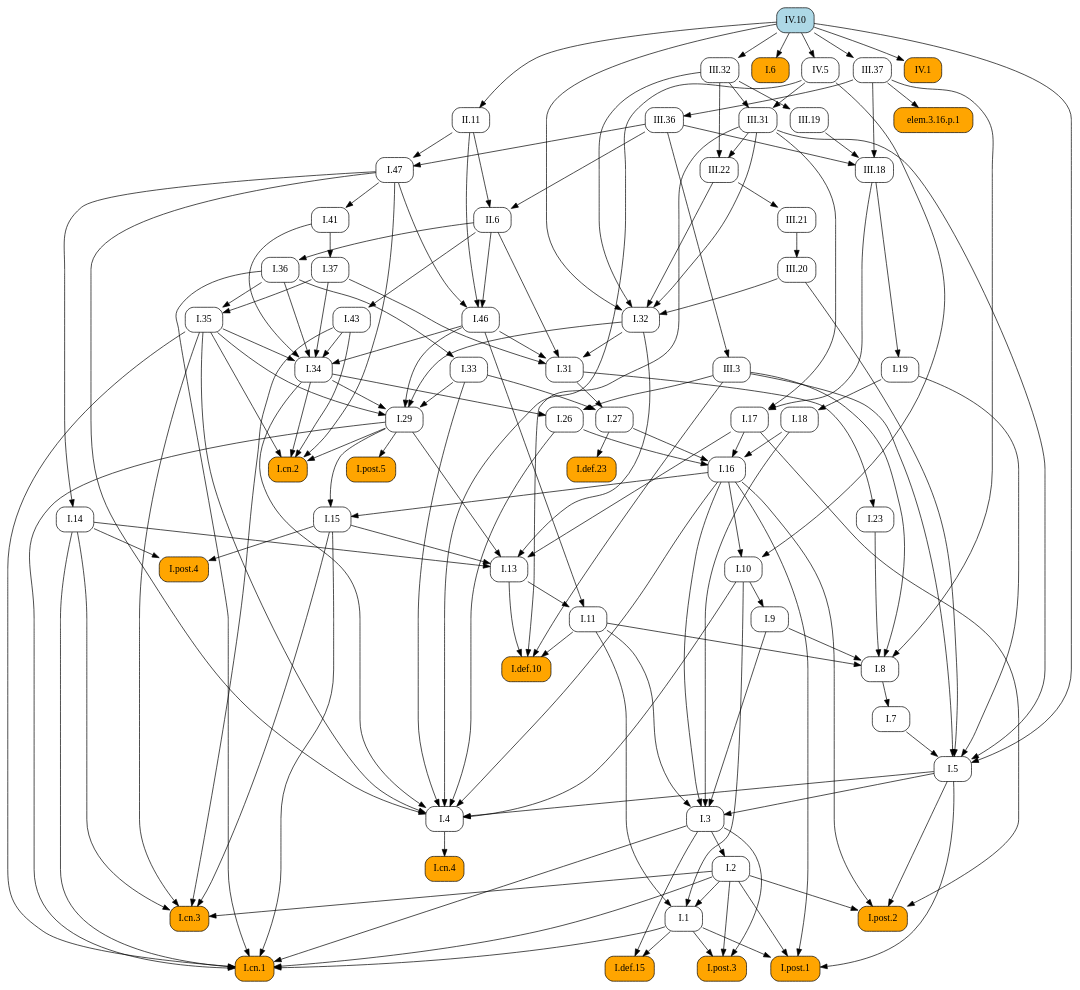
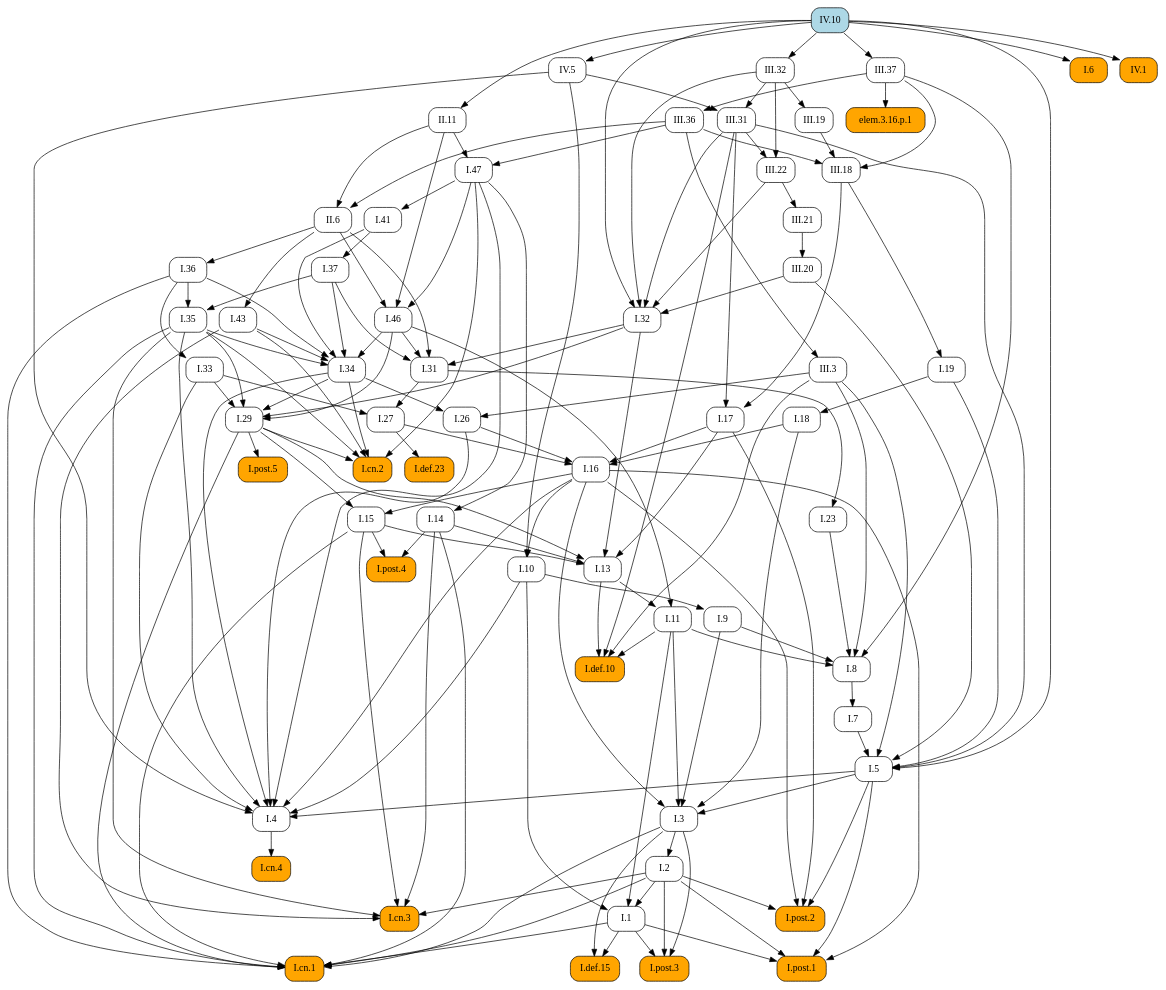
The diagram in docsrc/heath/IV/10/index.rst (geometor/elements), drawn with Graphviz before and after one commit. The commit also changed other lines of this file and 1029 other files, not shown here.

```diff
--- a/docsrc/heath/IV/10/index.rst
+++ b/docsrc/heath/IV/10/index.rst
@@ -76,130 +76,88 @@
    digraph {
      rankdir="TB";
      node [shape=box, style=rounded];
-     "IV.5" [URL="/heath/IV/5/", target="_top"];
-     "I.cn.3" [style="rounded,filled", fillcolor=orange, URL="/heath/I/cn.3/", target="_top"];
-     "III.22" [URL="/heath/III/22/", target="_top"];
-     "II.11" [URL="/heath/II/11/", target="_top"];
+     "I.def.10" [style="rounded,filled", fillcolor=orange, URL="/heath/I/def.10/", target="_top"];
+     "I.11" [URL="/heath/I/11/", target="_top"];
+     "I.post.4" [style="rounded,filled", fillcolor=orange, URL="/heath/I/post.4/", target="_top"];
+     "I.1" [URL="/heath/I/1/", target="_top"];
+     "I.26" [URL="/heath/I/26/", target="_top"];
+     "III.32" [URL="/heath/III/32/", target="_top"];
      "I.29" [URL="/heath/I/29/", target="_top"];
-     "I.7" [URL="/heath/I/7/", target="_top"];
-     "I.27" [URL="/heath/I/27/", target="_top"];
-     "I.def.23" [style="rounded,filled", fillcolor=orange, URL="/heath/I/def.23/", target="_top"];
-     "I.37" [URL="/heath/I/37/", target="_top"];
-     "IV.10" [style="rounded,filled", fillcolor=lightblue, URL="/heath/IV/10/", target="_top"];
-     "I.34" [URL="/heath/I/34/", target="_top"];
-     "I.8" [URL="/heath/I/8/", target="_top"];
-     "I.9" [URL="/heath/I/9/", target="_top"];
-     "III.3" [URL="/heath/III/3/", target="_top"];
-     "I.post.4" [style="rounded,filled", fillcolor=orange, URL="/heath/I/post.4/", target="_top"];
      "III.20" [URL="/heath/III/20/", target="_top"];
-     "I.2" [URL="/heath/I/2/", target="_top"];
-     "I.def.15" [style="rounded,filled", fillcolor=orange, URL="/heath/I/def.15/", target="_top"];
-     "I.1" [URL="/heath/I/1/", target="_top"];
-     "III.36" [URL="/heath/III/36/", target="_top"];
-     "I.post.1" [style="rounded,filled", fillcolor=orange, URL="/heath/I/post.1/", target="_top"];
-     "III.18" [URL="/heath/III/18/", target="_top"];
      "III.19" [URL="/heath/III/19/", target="_top"];
-     "I.cn.4" [style="rounded,filled", fillcolor=orange, URL="/heath/I/cn.4/", target="_top"];
-     "I.26" [URL="/heath/I/26/", target="_top"];
-     "I.33" [URL="/heath/I/33/", target="_top"];
-     "III.37" [URL="/heath/III/37/", target="_top"];
-     "I.19" [URL="/heath/I/19/", target="_top"];
-     "elem.3.16.p.1" [style="rounded,filled", fillcolor=orange];
-     "I.6" [style="rounded,filled", fillcolor=orange, URL="/heath/I/6/", target="_top"];
-     "I.13" [URL="/heath/I/13/", target="_top"];
      "III.31" [URL="/heath/III/31/", target="_top"];
      "I.cn.2" [style="rounded,filled", fillcolor=orange, URL="/heath/I/cn.2/", target="_top"];
+     "I.18" [URL="/heath/I/18/", target="_top"];
+     "I.47" [URL="/heath/I/47/", target="_top"];
+     "I.def.15" [style="rounded,filled", fillcolor=orange, URL="/heath/I/def.15/", target="_top"];
+     "I.post.3" [style="rounded,filled", fillcolor=orange, URL="/heath/I/post.3/", target="_top"];
+     "I.cn.1" [style="rounded,filled", fillcolor=orange, URL="/heath/I/cn.1/", target="_top"];
+     "I.cn.3" [style="rounded,filled", fillcolor=orange, URL="/heath/I/cn.3/", target="_top"];
+     "III.36" [URL="/heath/III/36/", target="_top"];
+     "I.14" [URL="/heath/I/14/", target="_top"];
+     "I.23" [URL="/heath/I/23/", target="_top"];
+     "IV.10" [style="rounded,filled", fillcolor=lightblue, URL="/heath/IV/10/", target="_top"];
+     "I.43" [URL="/heath/I/43/", target="_top"];
+     "elem.3.16.p.1" [style="rounded,filled", fillcolor=orange];
+     "I.post.1" [style="rounded,filled", fillcolor=orange, URL="/heath/I/post.1/", target="_top"];
+     "I.35" [URL="/heath/I/35/", target="_top"];
+     "I.41" [URL="/heath/I/41/", target="_top"];
+     "I.27" [URL="/heath/I/27/", target="_top"];
+     "I.46" [URL="/heath/I/46/", target="_top"];
+     "I.36" [URL="/heath/I/36/", target="_top"];
+     "I.7" [URL="/heath/I/7/", target="_top"];
+     "I.6" [style="rounded,filled", fillcolor=orange, URL="/heath/I/6/", target="_top"];
+     "I.3" [URL="/heath/I/3/", target="_top"];
+     "I.34" [URL="/heath/I/34/", target="_top"];
+     "I.37" [URL="/heath/I/37/", target="_top"];
+     "I.2" [URL="/heath/I/2/", target="_top"];
+     "I.4" [URL="/heath/I/4/", target="_top"];
+     "I.def.23" [style="rounded,filled", fillcolor=orange, URL="/heath/I/def.23/", target="_top"];
+     "II.6" [URL="/heath/II/6/", target="_top"];
+     "I.13" [URL="/heath/I/13/", target="_top"];
+     "IV.1" [style="rounded,filled", fillcolor=orange, URL="/heath/IV/1/", target="_top"];
+     "I.17" [URL="/heath/I/17/", target="_top"];
+     "I.33" [URL="/heath/I/33/", target="_top"];
+     "I.post.2" [style="rounded,filled", fillcolor=orange, URL="/heath/I/post.2/", target="_top"];
+     "I.31" [URL="/heath/I/31/", target="_top"];
+     "I.16" [URL="/heath/I/16/", target="_top"];
+     "II.11" [URL="/heath/II/11/", target="_top"];
+     "IV.5" [URL="/heath/IV/5/", target="_top"];
+     "I.19" [URL="/heath/I/19/", target="_top"];
+     "III.3" [URL="/heath/III/3/", target="_top"];
+     "I.9" [URL="/heath/I/9/", target="_top"];
+     "I.32" [URL="/heath/I/32/", target="_top"];
+     "III.37" [URL="/heath/III/37/", target="_top"];
+     "I.8" [URL="/heath/I/8/", target="_top"];
+     "I.cn.4" [style="rounded,filled", fillcolor=orange, URL="/heath/I/cn.4/", target="_top"];
+     "I.15" [URL="/heath/I/15/", target="_top"];
+     "III.21" [URL="/heath/III/21/", target="_top"];
+     "III.22" [URL="/heath/III/22/", target="_top"];
+     "I.post.5" [style="rounded,filled", fillcolor=orange, URL="/heath/I/post.5/", target="_top"];
+     "I.10" [URL="/heath/I/10/", target="_top"];
+     "III.18" [URL="/heath/III/18/", target="_top"];
      "I.5" [URL="/heath/I/5/", target="_top"];
-     "I.23" [URL="/heath/I/23/", target="_top"];
-     "III.21" [URL="/heath/III/21/", target="_top"];
-     "I.11" [URL="/heath/I/11/", target="_top"];
-     "I.10" [URL="/heath/I/10/", target="_top"];
-     "I.4" [URL="/heath/I/4/", target="_top"];
-     "I.3" [URL="/heath/I/3/", target="_top"];
-     "I.16" [URL="/heath/I/16/", target="_top"];
-     "I.31" [URL="/heath/I/31/", target="_top"];
-     "I.def.10" [style="rounded,filled", fillcolor=orange, URL="/heath/I/def.10/", target="_top"];
-     "I.43" [URL="/heath/I/43/", target="_top"];
-     "I.46" [URL="/heath/I/46/", target="_top"];
-     "III.32" [URL="/heath/III/32/", target="_top"];
-     "I.post.2" [style="rounded,filled", fillcolor=orange, URL="/heath/I/post.2/", target="_top"];
-     "I.post.3" [style="rounded,filled", fillcolor=orange, URL="/heath/I/post.3/", target="_top"];
-     "IV.1" [style="rounded,filled", fillcolor=orange, URL="/heath/IV/1/", target="_top"];
-     "I.post.5" [style="rounded,filled", fillcolor=orange, URL="/heath/I/post.5/", target="_top"];
-     "I.14" [URL="/heath/I/14/", target="_top"];
-     "I.36" [URL="/heath/I/36/", target="_top"];
-     "II.6" [URL="/heath/II/6/", target="_top"];
-     "I.35" [URL="/heath/I/35/", target="_top"];
-     "I.47" [URL="/heath/I/47/", target="_top"];
-     "I.15" [URL="/heath/I/15/", target="_top"];
-     "I.17" [URL="/heath/I/17/", target="_top"];
-     "I.cn.1" [style="rounded,filled", fillcolor=orange, URL="/heath/I/cn.1/", target="_top"];
-     "I.32" [URL="/heath/I/32/", target="_top"];
-     "I.18" [URL="/heath/I/18/", target="_top"];
-     "I.41" [URL="/heath/I/41/", target="_top"];
-     "IV.10" -> "IV.5";
-     "I.2" -> "I.cn.3";
-     "I.14" -> "I.cn.3";
-     "I.15" -> "I.cn.3";
-     "I.35" -> "I.cn.3";
-     "I.43" -> "I.cn.3";
-     "III.31" -> "III.22";
-     "III.32" -> "III.22";
-     "IV.10" -> "II.11";
+     "I.11" -> "I.def.10";
+     "I.13" -> "I.def.10";
+     "III.3" -> "I.def.10";
+     "III.31" -> "I.def.10";
+     "I.13" -> "I.11";
+     "I.46" -> "I.11";
+     "I.14" -> "I.post.4";
+     "I.15" -> "I.post.4";
+     "I.2" -> "I.1";
+     "I.10" -> "I.1";
+     "I.11" -> "I.1";
+     "I.34" -> "I.26";
+     "III.3" -> "I.26";
+     "IV.10" -> "III.32";
      "I.32" -> "I.29";
      "I.33" -> "I.29";
      "I.34" -> "I.29";
      "I.35" -> "I.29";
      "I.46" -> "I.29";
-     "I.8" -> "I.7";
-     "I.31" -> "I.27";
-     "I.33" -> "I.27";
-     "I.27" -> "I.def.23";
-     "I.41" -> "I.37";
-     "I.35" -> "I.34";
-     "I.36" -> "I.34";
-     "I.37" -> "I.34";
-     "I.41" -> "I.34";
-     "I.43" -> "I.34";
-     "I.46" -> "I.34";
-     "I.9" -> "I.8";
-     "I.11" -> "I.8";
-     "I.23" -> "I.8";
-     "III.3" -> "I.8";
-     "III.37" -> "I.8";
-     "I.10" -> "I.9";
-     "III.36" -> "III.3";
-     "I.14" -> "I.post.4";
-     "I.15" -> "I.post.4";
      "III.21" -> "III.20";
-     "I.3" -> "I.2";
-     "I.1" -> "I.def.15";
-     "I.3" -> "I.def.15";
-     "I.2" -> "I.1";
-     "I.10" -> "I.1";
-     "I.11" -> "I.1";
-     "III.37" -> "III.36";
-     "I.1" -> "I.post.1";
-     "I.2" -> "I.post.1";
-     "I.5" -> "I.post.1";
-     "I.16" -> "I.post.1";
-     "III.19" -> "III.18";
-     "III.36" -> "III.18";
-     "III.37" -> "III.18";
      "III.32" -> "III.19";
-     "I.4" -> "I.cn.4";
-     "I.34" -> "I.26";
-     "III.3" -> "I.26";
-     "I.36" -> "I.33";
-     "IV.10" -> "III.37";
-     "III.18" -> "I.19";
-     "III.37" -> "elem.3.16.p.1";
-     "IV.10" -> "I.6";
-     "I.14" -> "I.13";
-     "I.15" -> "I.13";
-     "I.17" -> "I.13";
-     "I.29" -> "I.13";
-     "I.32" -> "I.13";
      "III.32" -> "III.31";
      "IV.5" -> "III.31";
      "I.29" -> "I.cn.2";
@@ -207,18 +165,60 @@
      "I.35" -> "I.cn.2";
      "I.43" -> "I.cn.2";
      "I.47" -> "I.cn.2";
-     "I.7" -> "I.5";
-     "I.19" -> "I.5";
-     "III.3" -> "I.5";
-     "III.20" -> "I.5";
-     "III.31" -> "I.5";
-     "IV.10" -> "I.5";
+     "I.19" -> "I.18";
+     "II.11" -> "I.47";
+     "III.36" -> "I.47";
+     "I.1" -> "I.def.15";
+     "I.3" -> "I.def.15";
+     "I.1" -> "I.post.3";
+     "I.2" -> "I.post.3";
+     "I.3" -> "I.post.3";
+     "I.1" -> "I.cn.1";
+     "I.2" -> "I.cn.1";
+     "I.3" -> "I.cn.1";
+     "I.14" -> "I.cn.1";
+     "I.15" -> "I.cn.1";
+     "I.29" -> "I.cn.1";
+     "I.35" -> "I.cn.1";
+     "I.36" -> "I.cn.1";
+     "I.2" -> "I.cn.3";
+     "I.14" -> "I.cn.3";
+     "I.15" -> "I.cn.3";
+     "I.35" -> "I.cn.3";
+     "I.43" -> "I.cn.3";
+     "III.37" -> "III.36";
+     "I.47" -> "I.14";
      "I.31" -> "I.23";
-     "III.22" -> "III.21";
-     "I.13" -> "I.11";
-     "I.46" -> "I.11";
-     "I.16" -> "I.10";
-     "IV.5" -> "I.10";
+     "II.6" -> "I.43";
+     "III.37" -> "elem.3.16.p.1";
+     "I.1" -> "I.post.1";
+     "I.2" -> "I.post.1";
+     "I.5" -> "I.post.1";
+     "I.16" -> "I.post.1";
+     "I.36" -> "I.35";
+     "I.37" -> "I.35";
+     "I.47" -> "I.41";
+     "I.31" -> "I.27";
+     "I.33" -> "I.27";
+     "I.47" -> "I.46";
+     "II.6" -> "I.46";
+     "II.11" -> "I.46";
+     "II.6" -> "I.36";
+     "I.8" -> "I.7";
+     "IV.10" -> "I.6";
+     "I.5" -> "I.3";
+     "I.9" -> "I.3";
+     "I.11" -> "I.3";
+     "I.16" -> "I.3";
+     "I.18" -> "I.3";
+     "I.35" -> "I.34";
+     "I.36" -> "I.34";
+     "I.37" -> "I.34";
+     "I.41" -> "I.34";
+     "I.43" -> "I.34";
+     "I.46" -> "I.34";
+     "I.41" -> "I.37";
+     "I.3" -> "I.2";
      "I.5" -> "I.4";
      "I.10" -> "I.4";
      "I.16" -> "I.4";
@@ -228,62 +228,62 @@
      "I.35" -> "I.4";
      "I.47" -> "I.4";
      "IV.5" -> "I.4";
-     "I.5" -> "I.3";
-     "I.9" -> "I.3";
-     "I.11" -> "I.3";
-     "I.16" -> "I.3";
-     "I.18" -> "I.3";
+     "I.27" -> "I.def.23";
+     "II.11" -> "II.6";
+     "III.36" -> "II.6";
+     "I.14" -> "I.13";
+     "I.15" -> "I.13";
+     "I.17" -> "I.13";
+     "I.29" -> "I.13";
+     "I.32" -> "I.13";
+     "IV.10" -> "IV.1";
+     "III.18" -> "I.17";
+     "III.31" -> "I.17";
+     "I.36" -> "I.33";
+     "I.2" -> "I.post.2";
+     "I.5" -> "I.post.2";
+     "I.16" -> "I.post.2";
+     "I.17" -> "I.post.2";
+     "I.32" -> "I.31";
+     "I.37" -> "I.31";
+     "I.46" -> "I.31";
+     "II.6" -> "I.31";
      "I.17" -> "I.16";
      "I.18" -> "I.16";
      "I.26" -> "I.16";
      "I.27" -> "I.16";
-     "I.32" -> "I.31";
-     "I.37" -> "I.31";
-     "I.46" -> "I.31";
-     "II.6" -> "I.31";
-     "I.11" -> "I.def.10";
-     "I.13" -> "I.def.10";
-     "III.3" -> "I.def.10";
-     "III.31" -> "I.def.10";
-     "II.6" -> "I.43";
-     "I.47" -> "I.46";
-     "II.6" -> "I.46";
-     "II.11" -> "I.46";
-     "IV.10" -> "III.32";
-     "I.2" -> "I.post.2";
-     "I.5" -> "I.post.2";
-     "I.16" -> "I.post.2";
-     "I.17" -> "I.post.2";
-     "I.1" -> "I.post.3";
-     "I.2" -> "I.post.3";
-     "I.3" -> "I.post.3";
-     "IV.10" -> "IV.1";
-     "I.29" -> "I.post.5";
-     "I.47" -> "I.14";
-     "II.6" -> "I.36";
-     "II.11" -> "II.6";
-     "III.36" -> "II.6";
-     "I.36" -> "I.35";
-     "I.37" -> "I.35";
-     "II.11" -> "I.47";
-     "III.36" -> "I.47";
-     "I.16" -> "I.15";
-     "I.29" -> "I.15";
-     "III.18" -> "I.17";
-     "III.31" -> "I.17";
-     "I.1" -> "I.cn.1";
-     "I.2" -> "I.cn.1";
-     "I.3" -> "I.cn.1";
-     "I.14" -> "I.cn.1";
-     "I.15" -> "I.cn.1";
-     "I.29" -> "I.cn.1";
-     "I.35" -> "I.cn.1";
-     "I.36" -> "I.cn.1";
+     "IV.10" -> "II.11";
+     "IV.10" -> "IV.5";
+     "III.18" -> "I.19";
+     "III.36" -> "III.3";
+     "I.10" -> "I.9";
      "III.20" -> "I.32";
      "III.22" -> "I.32";
      "III.31" -> "I.32";
      "III.32" -> "I.32";
      "IV.10" -> "I.32";
-     "I.19" -> "I.18";
-     "I.47" -> "I.41";
+     "IV.10" -> "III.37";
+     "I.9" -> "I.8";
+     "I.11" -> "I.8";
+     "I.23" -> "I.8";
+     "III.3" -> "I.8";
+     "III.37" -> "I.8";
+     "I.4" -> "I.cn.4";
+     "I.16" -> "I.15";
+     "I.29" -> "I.15";
+     "III.22" -> "III.21";
+     "III.31" -> "III.22";
+     "III.32" -> "III.22";
+     "I.29" -> "I.post.5";
+     "I.16" -> "I.10";
+     "IV.5" -> "I.10";
+     "III.19" -> "III.18";
+     "III.36" -> "III.18";
+     "III.37" -> "III.18";
+     "I.7" -> "I.5";
+     "I.19" -> "I.5";
+     "III.3" -> "I.5";
+     "III.20" -> "I.5";
+     "III.31" -> "I.5";
+     "IV.10" -> "I.5";
    }
```
